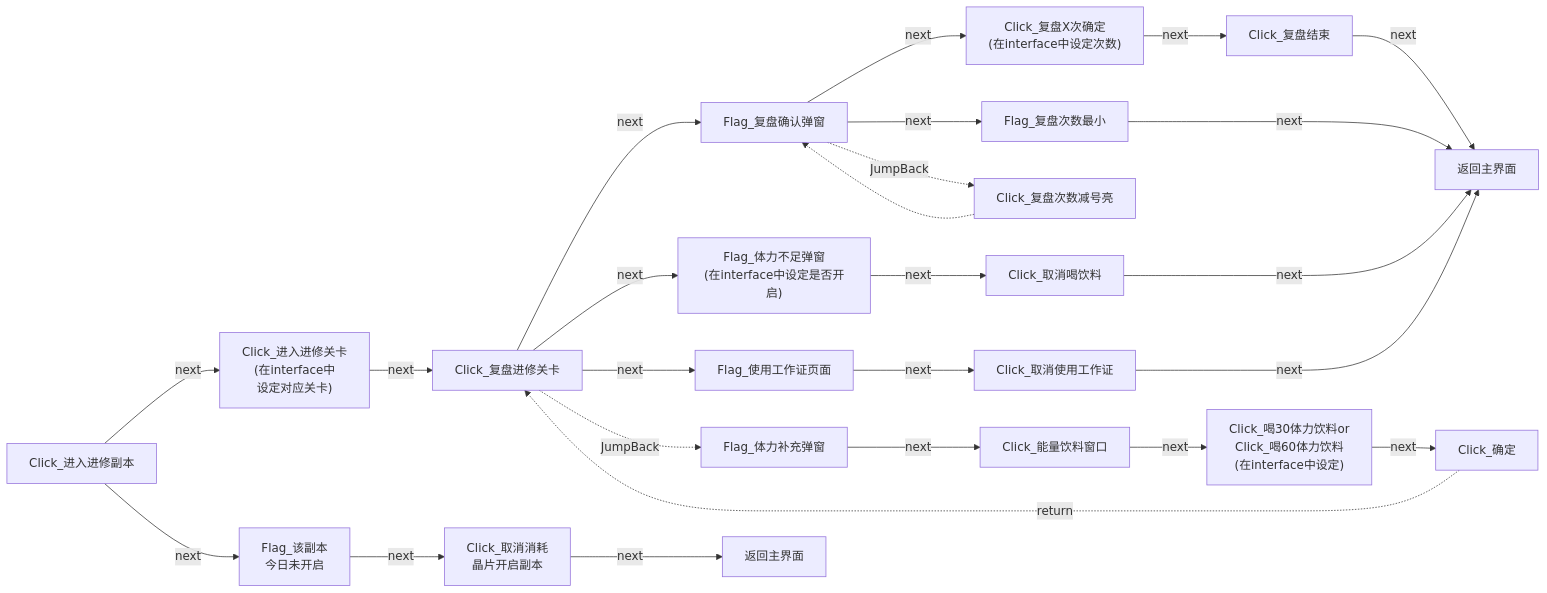
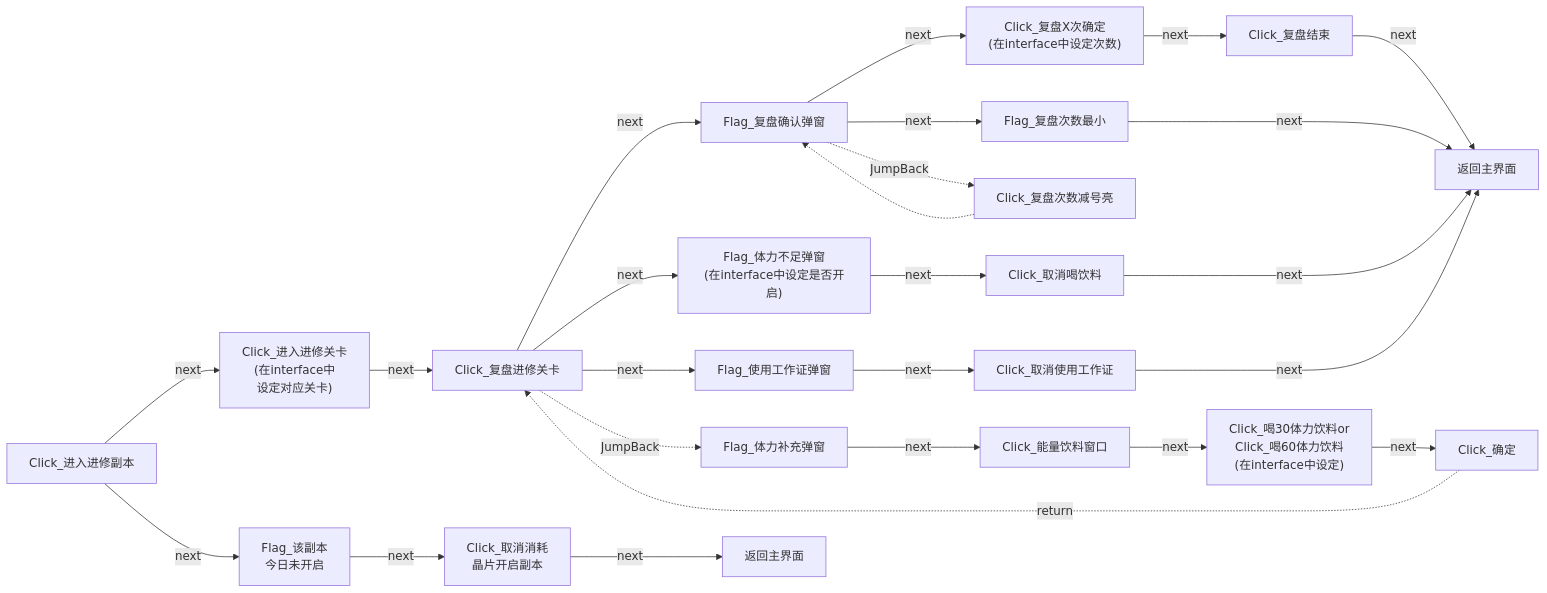
Diagram 20 of 46 in docs/zh_cn/develop/Pipeline说明.md (Coxwtwo/MaaTOT), drawn with Mermaid before and after one commit. The commit also changed 4 other files, not shown here.

````diff
--- a/docs/zh_cn/develop/Pipeline说明.md
+++ b/docs/zh_cn/develop/Pipeline说明.md
@@ -479,30 +479,30 @@
 ```mermaid
 flowchart LR
     n4["Click_进入进修副本"] -->|next| n9["Click_进入进修关卡<br>(在interface中<br>设定对应关卡)"]
     n4 -->|next| n10["Flag_该副本<br>今日未开启"]
     n10 -->|next| n11["Click_取消消耗<br>晶片开启副本"]
     n11 -->|next| n011["返回主界面"]
 
     n9 -->|next| n12["Click_复盘进修关卡"]
     n12 -->|next| n13["Flag_复盘确认弹窗"]
     n12 -->|next| n14["Flag_体力不足弹窗<br>(在interface中设定是否开启)"]
-    n12 -->|next| n15["Flag_使用工作证页面"]
+    n12 -->|next| n15["Flag_使用工作证弹窗"]
     n12 -.->|JumpBack| z["Flag_体力补充弹窗"]
     z3 -.->|return| n12
     z -->|next| z1["Click_能量饮料窗口"]
     z1 -->|next| z2["Click_喝30体力饮料or<br>Click_喝60体力饮料<br>(在interface中设定)"]
     z2 -->|next| z3["Click_确定"]
 
     n13["Flag_复盘确认弹窗"] -->|next| n16["Click_复盘X次确定<br>(在interface中设定次数)"]
     n13["Flag_复盘确认弹窗"] -->|next| n17["Flag_复盘次数最小"]
     n13 -.->|JumpBack| n18["Click_复盘次数减号亮"]
     n18 -.-> n13
     n16["Click_复盘X次确定<br>(在interface中设定次数)"] -->|next| n19["Click_复盘结束"]
     n17 --->|next| n07["返回主界面"]
     n19 -->|next| n07["返回主界面"]
 
     n14["Flag_体力不足弹窗<br>(在interface中设定是否开启)"] -->|next| n20["Click_取消喝饮料"]
     n20 --->|next| n07["返回主界面"]
-    n15["Flag_使用工作证页面"] -->|next| n21["Click_取消使用工作证"]
+    n15["Flag_使用工作证弹窗"] -->|next| n21["Click_取消使用工作证"]
     n21 --->|next| n07["返回主界面"]
 ```
````
